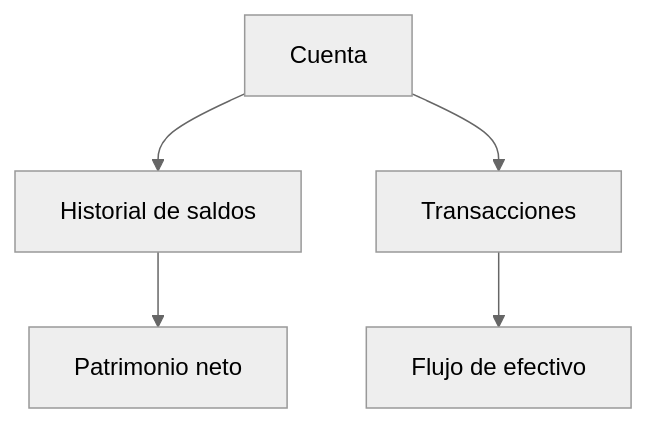
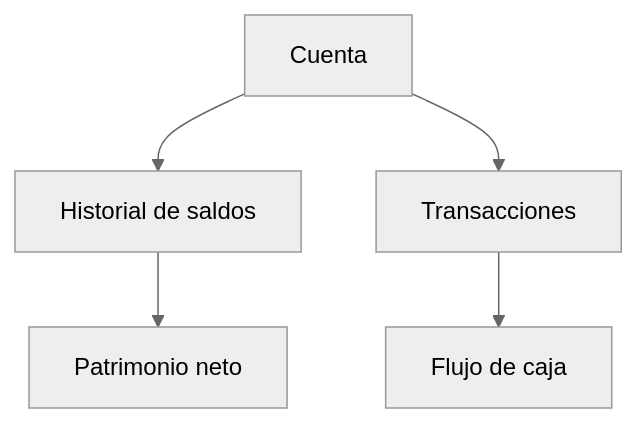
Before and after one commit to whisper-money/whisper-money: the diagram in resources/docs/documentation/20-your-data/10-accounts-es.md, drawn with Mermaid (neutral theme). The commit also changed other lines of this file and 17 other files, not shown here.

````diff
--- a/resources/docs/documentation/20-your-data/10-accounts-es.md
+++ b/resources/docs/documentation/20-your-data/10-accounts-es.md
@@ -21,8 +21,8 @@
 ```mermaid
 flowchart TD
     %% diagram: account-map-es
     account[Cuenta] --> balances[Historial de saldos]
     account --> transactions[Transacciones]
     balances --> networth[Patrimonio neto]
-    transactions --> cashflow[Flujo de efectivo]
+    transactions --> cashflow[Flujo de caja]
 ```
````
